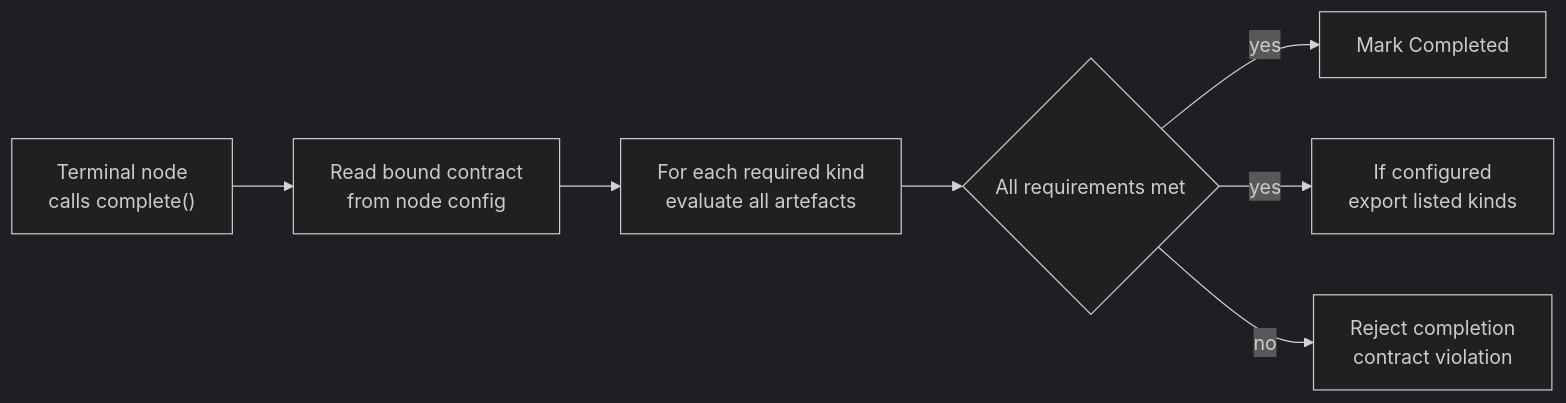
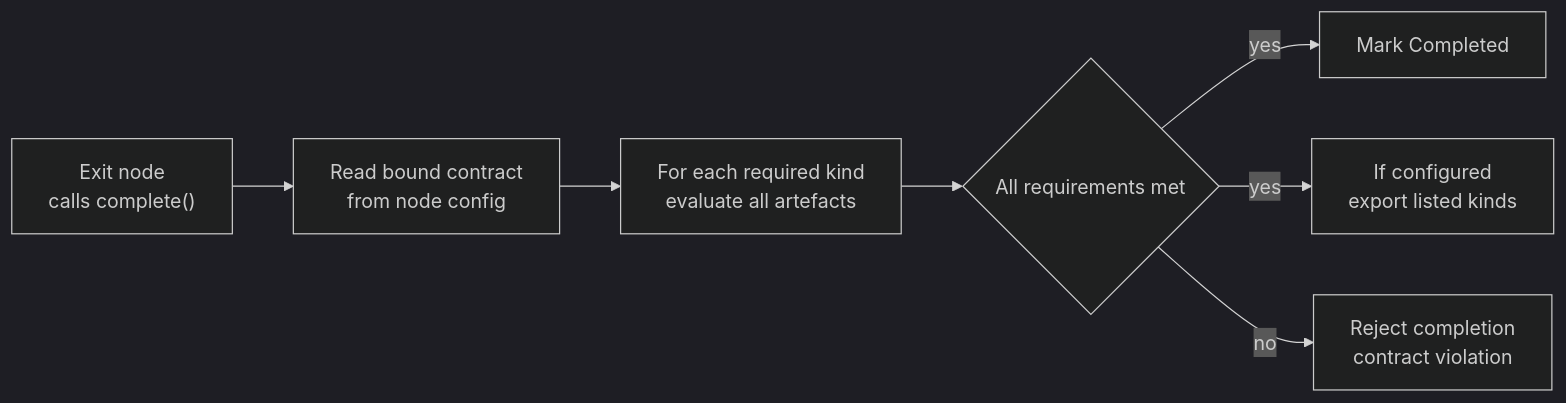
The third of 3 diagrams in 02-flow/05-configuration.md (really-knows-ai/gideas), drawn with Mermaid (dark theme) before and after one commit. The commit also changed other lines of this file and 11 other files, not shown here.

````diff
--- a/02-flow/05-configuration.md
+++ b/02-flow/05-configuration.md
@@ -99,9 +116,9 @@
 ```mermaid
 flowchart LR
-    N["Terminal node<br/>calls complete()"] --> B["Read bound contract<br/>from node config"]
+    N["Exit node<br/>calls complete()"] --> B["Read bound contract<br/>from node config"]
     B --> K["For each required kind<br/>evaluate all artefacts"]
     K --> P{All requirements met}
     P -->|yes| Q["Mark Completed"]
     P -->|yes| X["If configured<br/>export listed kinds"]
     P -->|no| R["Reject completion<br/>contract violation"]
 ```
````
